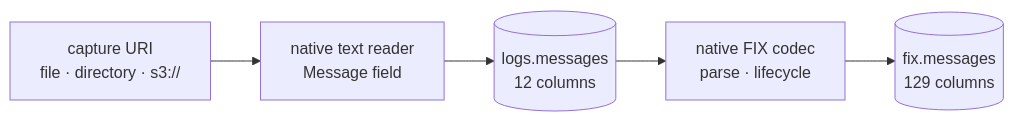
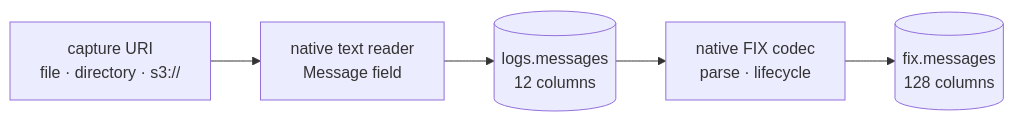
The diagram in docs/index.md (Platob/yggfin), drawn with Mermaid before and after one commit. The commit also changed 12 other files, not shown here.

````diff
--- a/docs/index.md
+++ b/docs/index.md
@@ -38,7 +38,7 @@
 ```mermaid
 flowchart LR
     S["capture URI<br/>file · directory · s3://"] --> T["native text reader<br/>Message field"]
     T --> M[("logs.messages<br/>12 columns")]
     M --> F["native FIX codec<br/>parse · lifecycle"]
-    F --> O[("fix.messages<br/>129 columns")]
+    F --> O[("fix.messages<br/>128 columns")]
 ```
````
